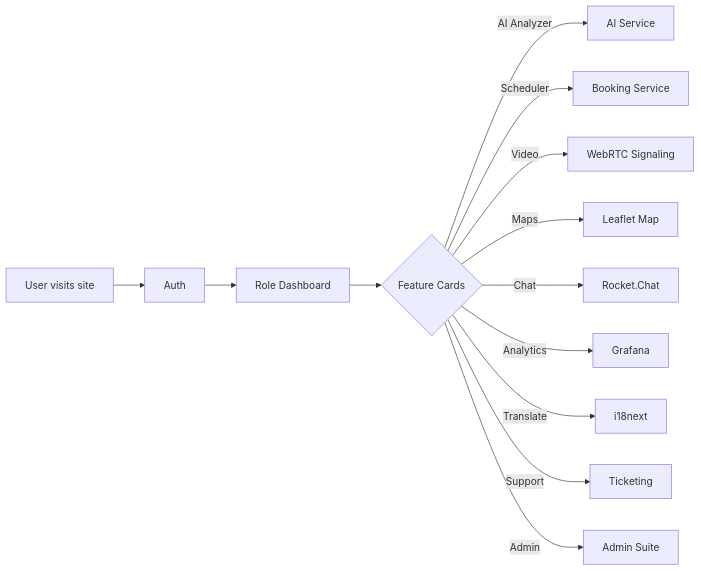
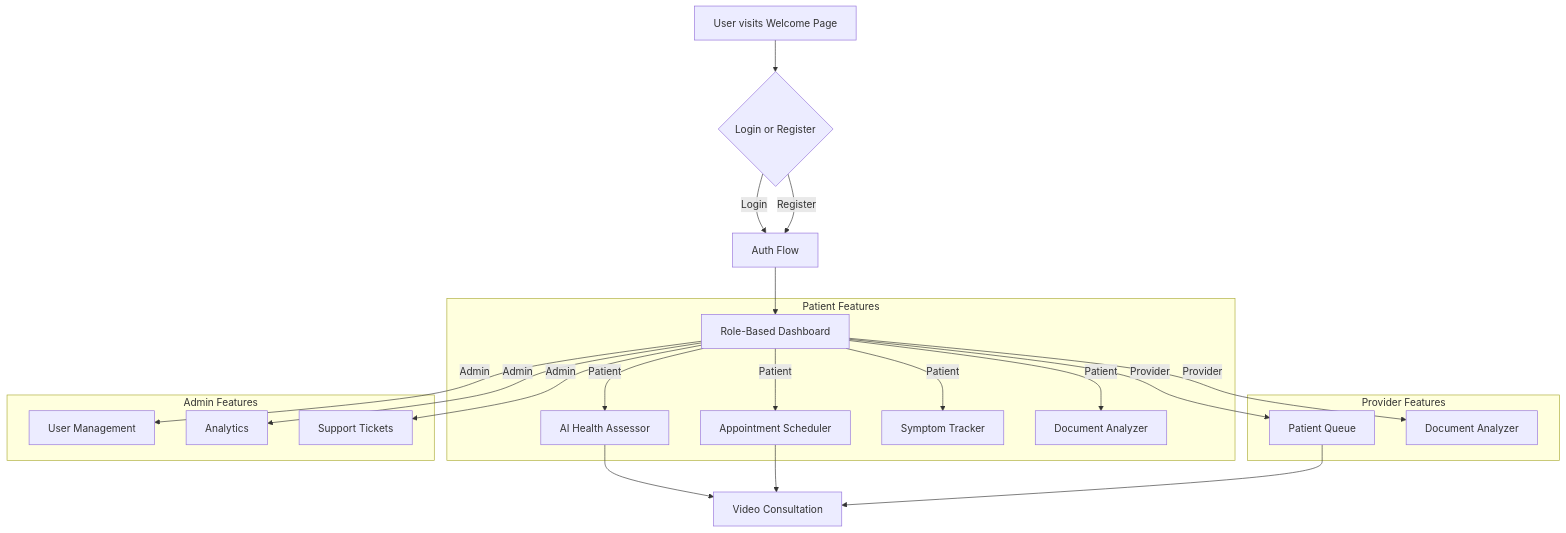
One commit to rehaani/MediConnect changed the diagram in docs/README.md. Above: the diagram before and after it, drawn with Mermaid. The commit also changed other lines of this file and 17 other files, not shown here.

````diff
--- a/docs/README.md
+++ b/docs/README.md
@@ -46,15 +39,24 @@
 ```mermaid
-flowchart LR
-  A[User visits site] --> B[Auth]
-  B --> C[Role Dashboard]
-  C --> D{Feature Cards}
-  D -->|AI Analyzer| E[AI Service]
-  D -->|Scheduler| F[Booking Service]
-  D -->|Video| G[WebRTC Signaling]
-  D -->|Maps| H[Leaflet Map]
-  D -->|Chat| I[Rocket.Chat]
-  D -->|Analytics| J[Grafana]
-  D -->|Translate| K[i18next]
-  D -->|Support| L[Ticketing]
-  D -->|Admin| M[Admin Suite]
+flowchart TD
+  A[User visits Welcome Page] --> B{Login or Register}
+  B -- Login --> C[Auth Flow]
+  B -- Register --> C
+  C --> D[Role-Based Dashboard]
+  subgraph "Patient Features"
+    D -- Patient --> P1[AI Health Assessor]
+    D -- Patient --> P2[Appointment Scheduler]
+    D -- Patient --> P3[Symptom Tracker]
+    D -- Patient --> P4[Document Analyzer]
+  end
+  subgraph "Provider Features"
+    D -- Provider --> R1[Patient Queue]
+    D -- Provider --> R2[Document Analyzer]
+  end
+  subgraph "Admin Features"
+    D -- Admin --> A1[User Management]
+    D -- Admin --> A2[Analytics]
+    D -- Admin --> A3[Support Tickets]
+  end
+  P1 & P2 --> V[Video Consultation]
+  R1 --> V
 ```
````
